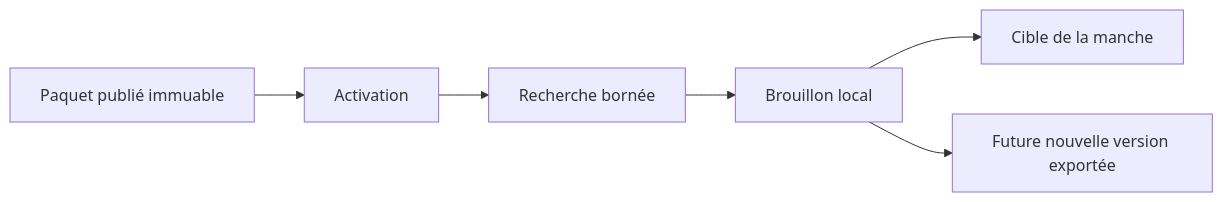
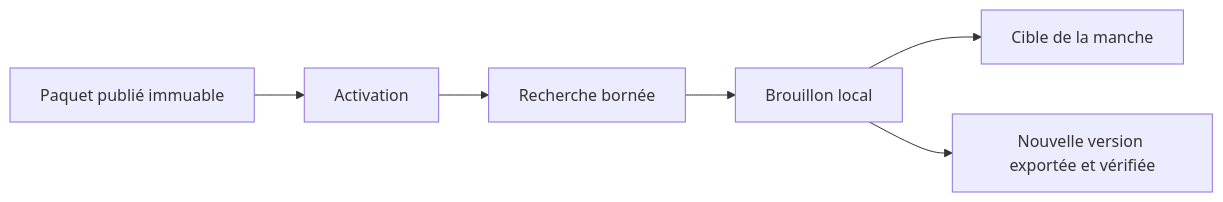
One commit to W-D0n/semantic-engine changed the diagram in docs/product/portable-desktop.md. Above: the diagram before and after it, drawn with Mermaid. The commit also changed other lines of this file and 18 other files, not shown here.

````diff
--- a/docs/product/portable-desktop.md
+++ b/docs/product/portable-desktop.md
@@ -79,8 +88,8 @@
 ```mermaid
 flowchart LR
     P["Paquet publié immuable"] --> A["Activation"]
     A --> S["Recherche bornée"]
     S --> D["Brouillon local"]
     D --> R["Cible de la manche"]
-    D --> X["Future nouvelle version exportée"]
+    D --> X["Nouvelle version exportée et vérifiée"]
 ```
````
